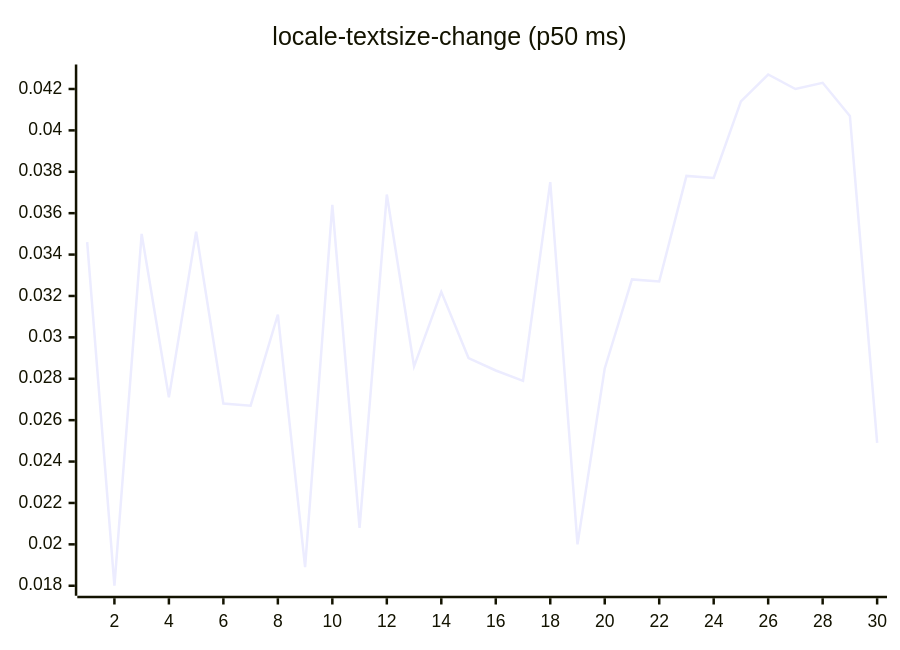
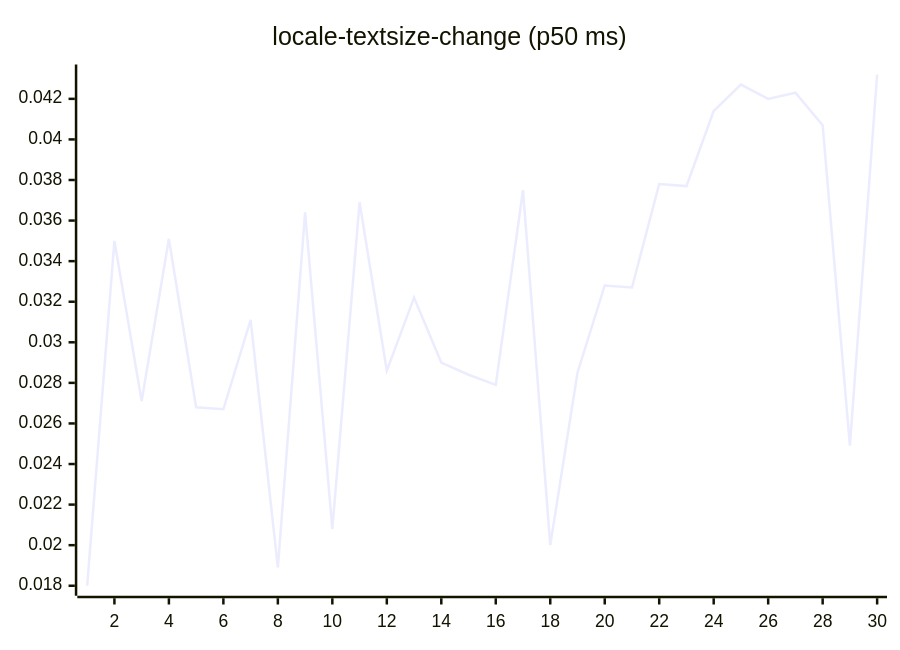
Before and after one commit to josha/Facet: diagram 13 of 27 in README.md, drawn with Mermaid. The commit also changed other lines of this file and 2 other files, not shown here.

````diff
--- a/README.md
+++ b/README.md
@@ -147,6 +147,6 @@
 ```mermaid
 xychart-beta
     title "locale-textsize-change (p50 ms)"
     x-axis 1 --> 30
-    line [0.0346, 0.0180, 0.0350, 0.0271, 0.0351, 0.0268, 0.0267, 0.0311, 0.0189, 0.0364, 0.0208, 0.0369, 0.0286, 0.0322, 0.0290, 0.0284, 0.0279, 0.0375, 0.0200, 0.0285, 0.0328, 0.0327, 0.0378, 0.0377, 0.0414, 0.0427, 0.0420, 0.0423, 0.0407, 0.0249]
+    line [0.0180, 0.0350, 0.0271, 0.0351, 0.0268, 0.0267, 0.0311, 0.0189, 0.0364, 0.0208, 0.0369, 0.0286, 0.0322, 0.0290, 0.0284, 0.0279, 0.0375, 0.0200, 0.0285, 0.0328, 0.0327, 0.0378, 0.0377, 0.0414, 0.0427, 0.0420, 0.0423, 0.0407, 0.0249, 0.0432]
 ```
````
